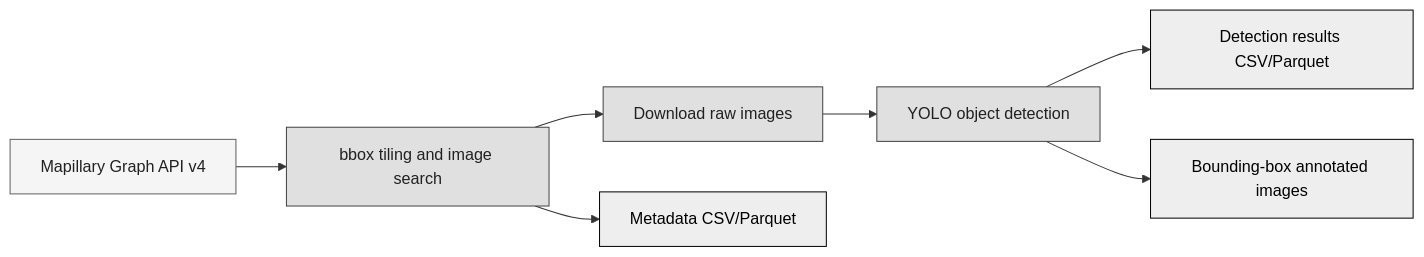
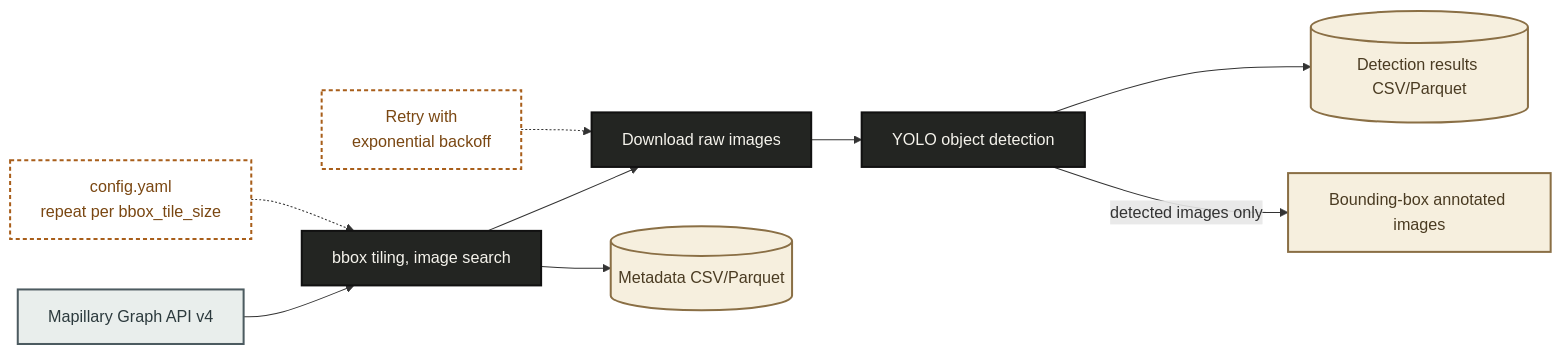
One commit to ditto-404/korea-street-imagery-yolo changed the second of 2 diagrams in README.md. Above: the diagram before and after it, drawn with Mermaid. The commit also changed other lines of this file, not shown here.

Commit message:
docs: fix Korean title and add detailed mermaid workflow diagram

````diff
--- a/README.md
+++ b/README.md
@@ -201,14 +206,19 @@
 ```mermaid
 flowchart LR
-    A[Mapillary Graph API v4]:::input --> B[bbox tiling and image search]:::process
-    B --> C[Download raw images]:::process
-    B --> D[Metadata CSV/Parquet]:::output
-    C --> E[YOLO object detection]:::process
-    E --> F[Detection results CSV/Parquet]:::output
-    E --> G[Bounding-box annotated images]:::output
+    accTitle: Street Imagery Detection Pipeline In Detail
+    accDescr: Shows images searched and downloaded from the Mapillary API in tile-sized batches (retrying with exponential backoff on failure), then run through YOLO detection to produce metadata, detection-result CSVs, and annotated images limited to images with a detection.
 
-    classDef input fill:#F5F5F5,stroke:#616161,color:#212121
-    classDef process fill:#E0E0E0,stroke:#424242,color:#212121
-    classDef output fill:#EEEEEE,stroke:#000000,color:#000000
-    classDef pending fill:#BDBDBD,stroke:#212121,color:#212121,stroke-dasharray: 4 2
+    mapillary_api["Mapillary Graph API v4"]:::input_style --> search_tiles["bbox tiling, image search"]:::process_style
+    tile_loop["config.yaml<br/>repeat per bbox_tile_size"]:::aux_style -.-> search_tiles
+    search_tiles --> download_images["Download raw images"]:::process_style
+    retry_note["Retry with<br/>exponential backoff"]:::aux_style -.-> download_images
+    search_tiles --> save_metadata[("Metadata CSV/Parquet")]:::output_style
+    download_images --> detect_objects["YOLO object detection"]:::process_style
+    detect_objects --> save_detections[("Detection results CSV/Parquet")]:::output_style
+    detect_objects -->|"detected images only"| save_annotated["Bounding-box annotated images"]:::output_style
+
+    classDef input_style fill:#e9eeec,stroke:#4c5b60,stroke-width:2px,color:#2c3a3d
+    classDef process_style fill:#232522,stroke:#111111,stroke-width:2px,color:#f5f3ec
+    classDef output_style fill:#f6efde,stroke:#8a6f45,stroke-width:2px,color:#4a3b22
+    classDef aux_style fill:none,stroke:#a85e1a,stroke-width:2px,stroke-dasharray:4 3,color:#7a4712
 ```
````
